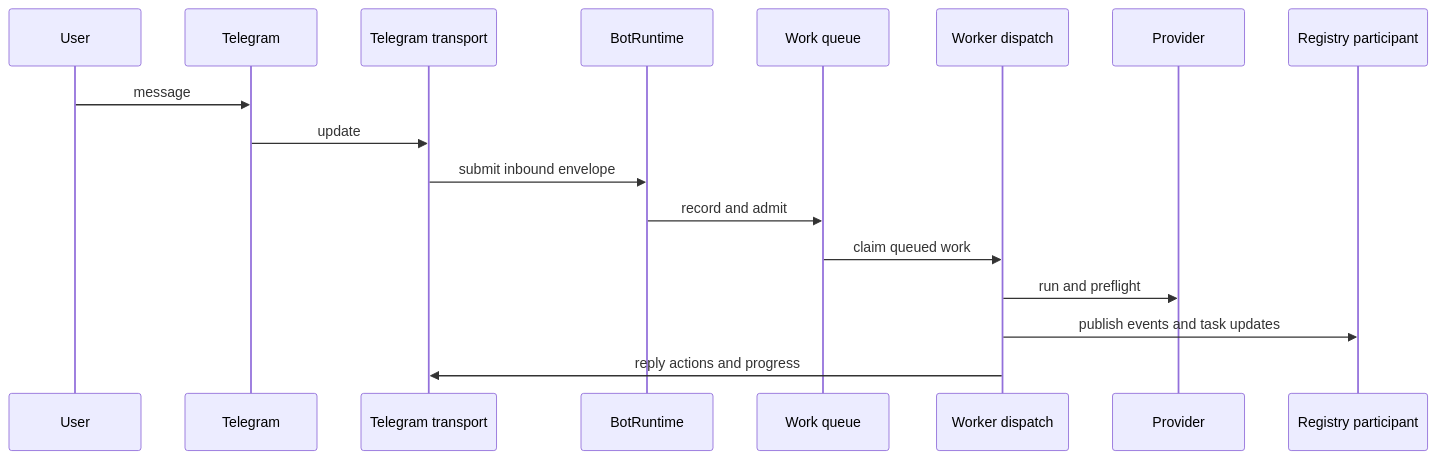
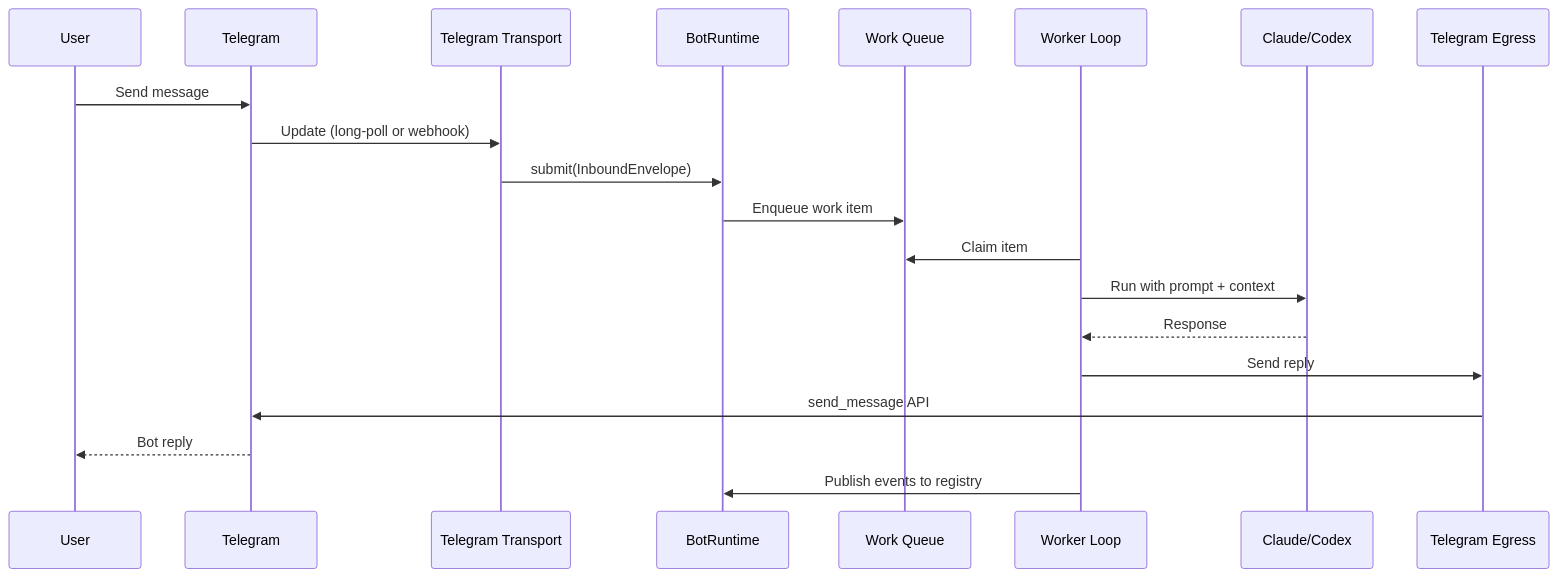
Before and after one commit to privacynow/octopus: the seventh of 8 diagrams in ARCHITECTURE.md, drawn with Mermaid. The commit also changed other lines of this file, not shown here.

````diff
--- a/ARCHITECTURE.md
+++ b/ARCHITECTURE.md
@@ -751,20 +366,23 @@
 ```mermaid
 sequenceDiagram
-    participant U as User
-    participant T as Telegram
-    participant TT as Telegram transport
-    participant BR as BotRuntime
-    participant WQ as Work queue
-    participant WD as Worker dispatch
-    participant P as Provider
-    participant RP as Registry participant
+    participant User
+    participant Telegram
+    participant Transport as Telegram Transport
+    participant Runtime as BotRuntime
+    participant Queue as Work Queue
+    participant Worker as Worker Loop
+    participant Provider as Claude/Codex
+    participant Egress as Telegram Egress
 
-    U->>T: message
-    T->>TT: update
-    TT->>BR: submit inbound envelope
-    BR->>WQ: record and admit
-    WQ->>WD: claim queued work
-    WD->>P: run and preflight
-    WD->>RP: publish events and task updates
-    WD->>TT: reply actions and progress
+    User->>Telegram: Send message
+    Telegram->>Transport: Update (long-poll or webhook)
+    Transport->>Runtime: submit(InboundEnvelope)
+    Runtime->>Queue: Enqueue work item
+    Worker->>Queue: Claim item
+    Worker->>Provider: Run with prompt + context
+    Provider-->>Worker: Response
+    Worker->>Egress: Send reply
+    Egress->>Telegram: send_message API
+    Telegram-->>User: Bot reply
+    Worker->>Runtime: Publish events to registry
 ```
````
